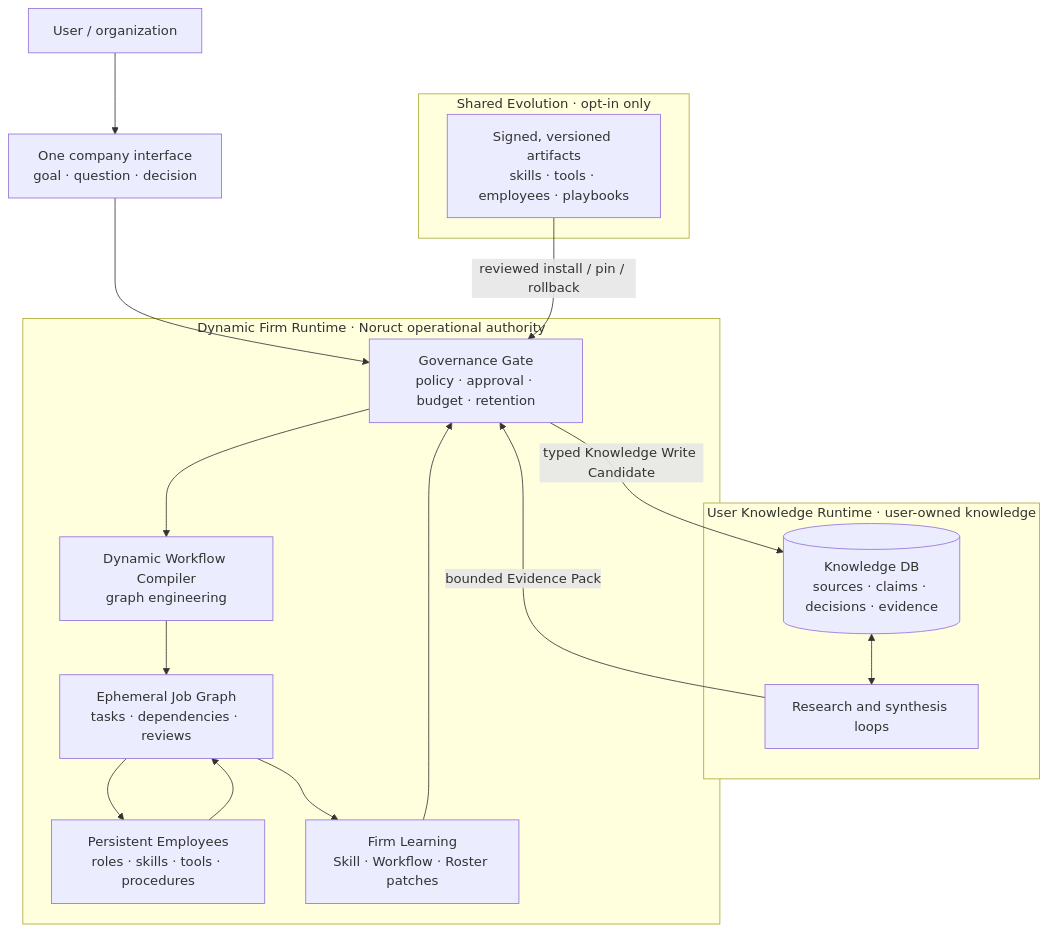
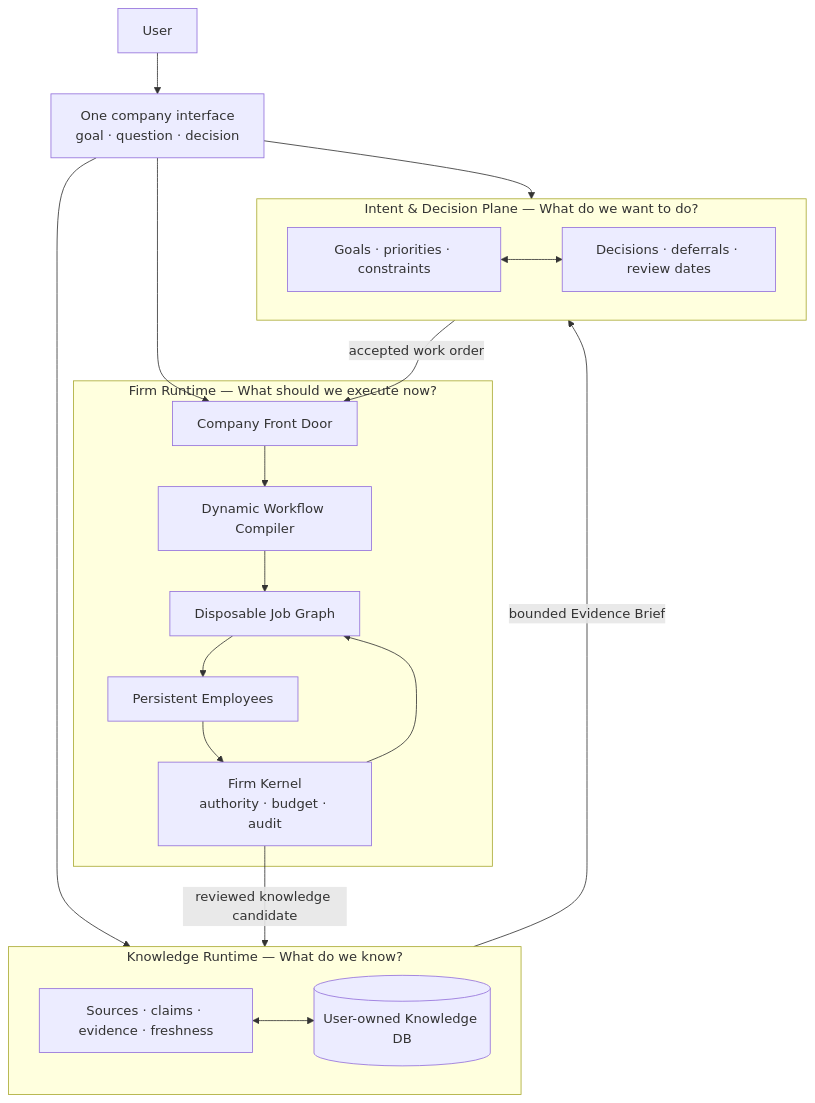
The first of 2 diagrams in README.md (j6t22t4gy4-spec/noruct), drawn with Mermaid before and after one commit. The commit also changed other lines of this file and 3 other files, not shown here.

Commit message:
docs: refresh Dynamic Firm Runtime concept

````diff
--- a/README.md
+++ b/README.md
@@ -13,30 +16,33 @@
 ```mermaid
 flowchart TB
-  U["User / organization"] --> I["One company interface\ngoal · question · decision"]
+  U["User"] --> I["One company interface\ngoal · question · decision"]
 
-  subgraph K["User Knowledge Runtime · user-owned knowledge"]
-    KDB[("Knowledge DB\nsources · claims · decisions · evidence")]
-    KR["Research and synthesis loops"]
-    KDB <--> KR
+  subgraph K["Knowledge Runtime — What do we know?"]
+    KA["Sources · claims · evidence · freshness"]
+    KB[("User-owned Knowledge DB")]
+    KA <--> KB
   end
 
-  subgraph F["Dynamic Firm Runtime · Noruct operational authority"]
-    P["Governance Gate\npolicy · approval · budget · retention"]
-    C["Dynamic Workflow Compiler\ngraph engineering"]
-    G["Ephemeral Job Graph\ntasks · dependencies · reviews"]
-    E["Persistent Employees\nroles · skills · tools · procedures"]
-    L["Firm Learning\nSkill · Workflow · Roster patches"]
-    P --> C --> G --> E
-    E --> G
-    G --> L --> P
+  subgraph D["Intent & Decision Plane — What do we want to do?"]
+    GO["Goals · priorities · constraints"]
+    DL["Decisions · deferrals · review dates"]
+    GO <--> DL
   end
 
-  subgraph N["Shared Evolution · opt-in only"]
-    V["Signed, versioned artifacts\nskills · tools · employees · playbooks"]
+  subgraph F["Firm Runtime — What should we execute now?"]
+    FD["Company Front Door"]
+    WC["Dynamic Workflow Compiler"]
+    JG["Disposable Job Graph"]
+    PE["Persistent Employees"]
+    FK["Firm Kernel\nauthority · budget · audit"]
+    FD --> WC --> JG --> PE --> FK
+    FK --> JG
   end
 
-  I --> P
-  KR -->|"bounded Evidence Pack"| P
-  P -->|"typed Knowledge Write Candidate"| KDB
-  V -->|"reviewed install / pin / rollback"| P
+  I --> K
+  I --> D
+  I --> FD
+  K -->|"bounded Evidence Brief"| D
+  D -->|"accepted work order"| FD
+  FK -->|"reviewed knowledge candidate"| K
 ```
````
